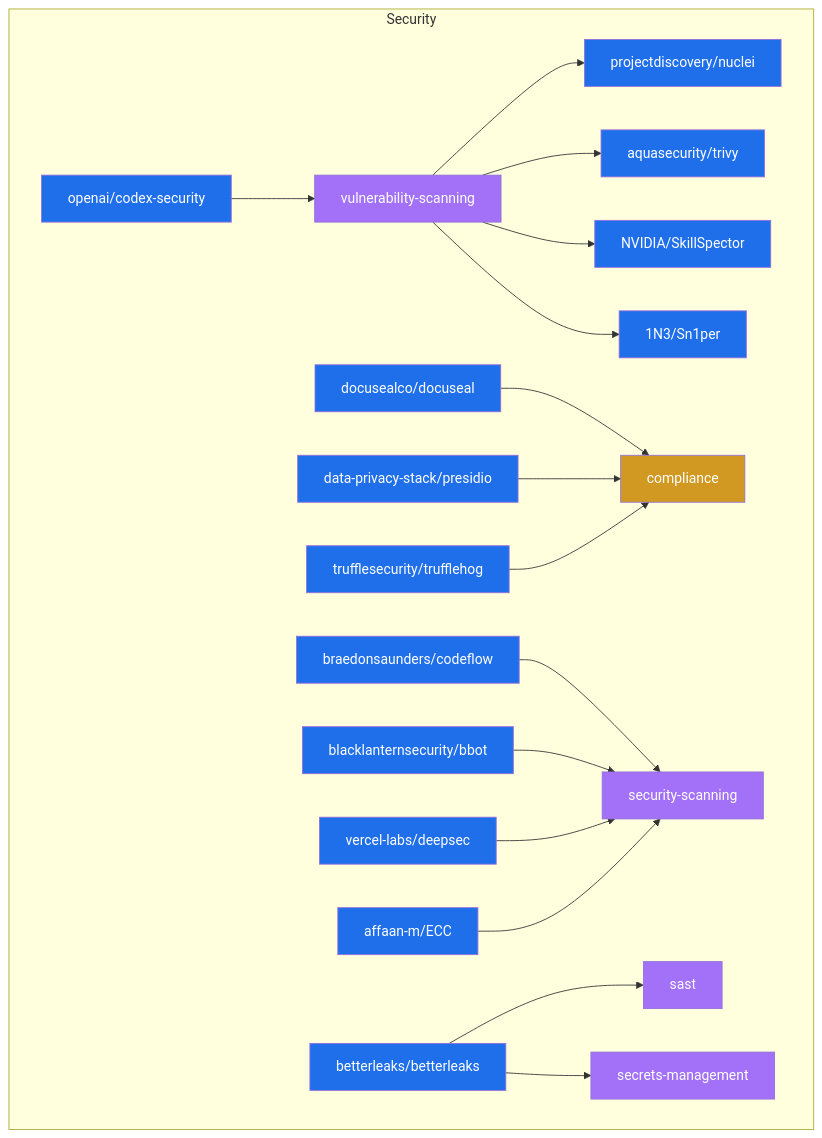
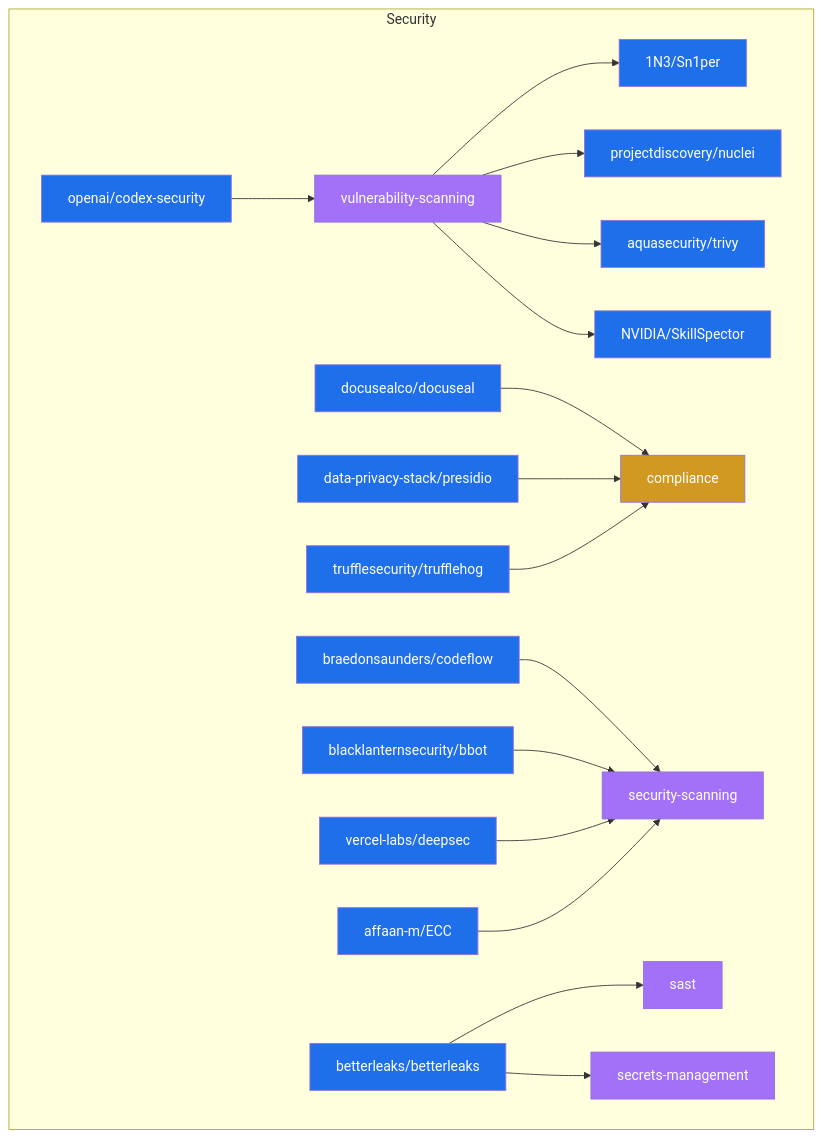
The diagram in data/star_graph_security.mermaid (Meru143/star-graph), drawn with Mermaid before and after one commit. The commit also changed other lines of this file and 15 other files, not shown here.

Commit message:
chore: weekly star graph update 2026-10-05

```diff
--- a/data/star_graph_security.mermaid
+++ b/data/star_graph_security.mermaid
@@ -1,40 +1,40 @@
 graph TD
   subgraph security ["Security"]
+    1N3_Sn1per["1N3/Sn1per"]:::repo
+    vulnerability_scanning["vulnerability-scanning"]:::topic
+    security_scanning["security-scanning"]:::topic
     affaan_m_ECC["affaan-m/ECC"]:::repo
+    openai_codex_security["openai/codex-security"]:::repo
     compliance["compliance"]:::use_case
     vercel_labs_deepsec["vercel-labs/deepsec"]:::repo
+    trufflesecurity_trufflehog["trufflesecurity/trufflehog"]:::repo
+    docusealco_docuseal["docusealco/docuseal"]:::repo
+    sast["sast"]:::topic
+    projectdiscovery_nuclei["projectdiscovery/nuclei"]:::repo
+    betterleaks_betterleaks["betterleaks/betterleaks"]:::repo
+    blacklanternsecurity_bbot["blacklanternsecurity/bbot"]:::repo
+    braedonsaunders_codeflow["braedonsaunders/codeflow"]:::repo
     data_privacy_stack_presidio["data-privacy-stack/presidio"]:::repo
-    security_scanning["security-scanning"]:::topic
-    docusealco_docuseal["docusealco/docuseal"]:::repo
-    vulnerability_scanning["vulnerability-scanning"]:::topic
-    projectdiscovery_nuclei["projectdiscovery/nuclei"]:::repo
-    NVIDIA_SkillSpector["NVIDIA/SkillSpector"]:::repo
-    blacklanternsecurity_bbot["blacklanternsecurity/bbot"]:::repo
     aquasecurity_trivy["aquasecurity/trivy"]:::repo
     secrets_management["secrets-management"]:::topic
-    1N3_Sn1per["1N3/Sn1per"]:::repo
-    betterleaks_betterleaks["betterleaks/betterleaks"]:::repo
-    trufflesecurity_trufflehog["trufflesecurity/trufflehog"]:::repo
-    braedonsaunders_codeflow["braedonsaunders/codeflow"]:::repo
-    openai_codex_security["openai/codex-security"]:::repo
-    sast["sast"]:::topic
+    NVIDIA_SkillSpector["NVIDIA/SkillSpector"]:::repo
   end
   openai_codex_security --> vulnerability_scanning
   vulnerability_scanning --> projectdiscovery_nuclei
   vulnerability_scanning --> aquasecurity_trivy
   vulnerability_scanning --> NVIDIA_SkillSpector
   vulnerability_scanning --> 1N3_Sn1per
   docusealco_docuseal --> compliance
   data_privacy_stack_presidio --> compliance
   braedonsaunders_codeflow --> security_scanning
   trufflesecurity_trufflehog --> compliance
   betterleaks_betterleaks --> sast
   betterleaks_betterleaks --> secrets_management
   blacklanternsecurity_bbot --> security_scanning
   vercel_labs_deepsec --> security_scanning
   affaan_m_ECC --> security_scanning
   classDef repo fill:#1f6feb,color:#fff;
   classDef topic fill:#a371f7,color:#fff;
   classDef technology fill:#3fb950,color:#fff;
   classDef use_case fill:#d29922,color:#fff;
   classDef architecture fill:#f85149,color:#fff;
```
